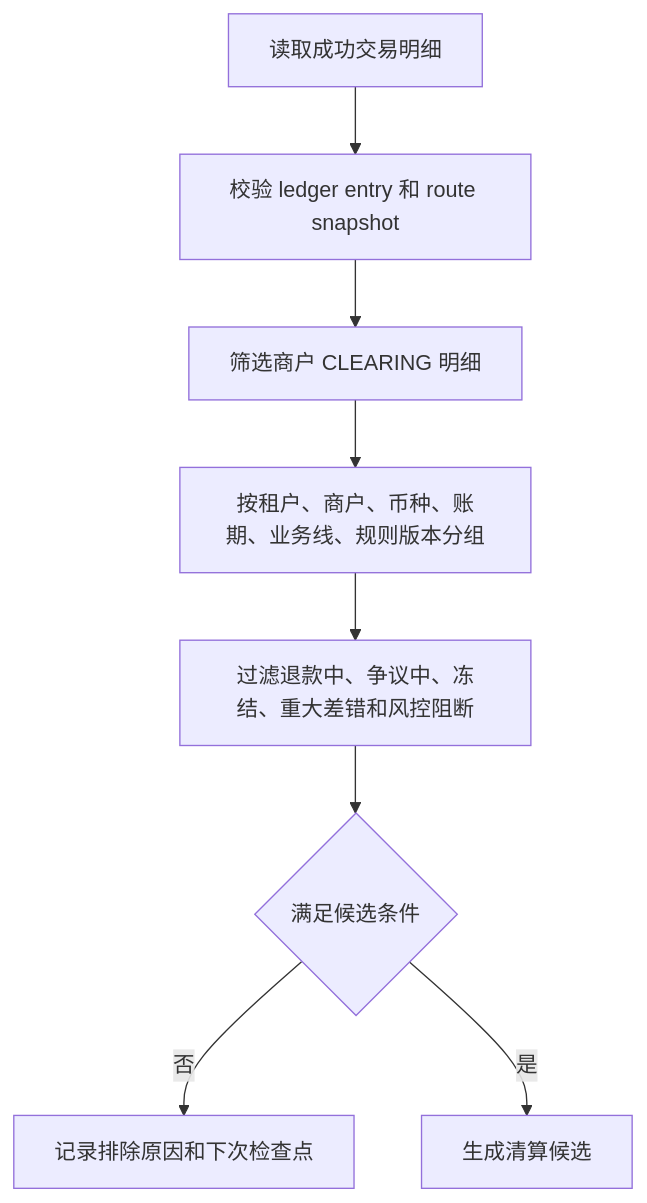
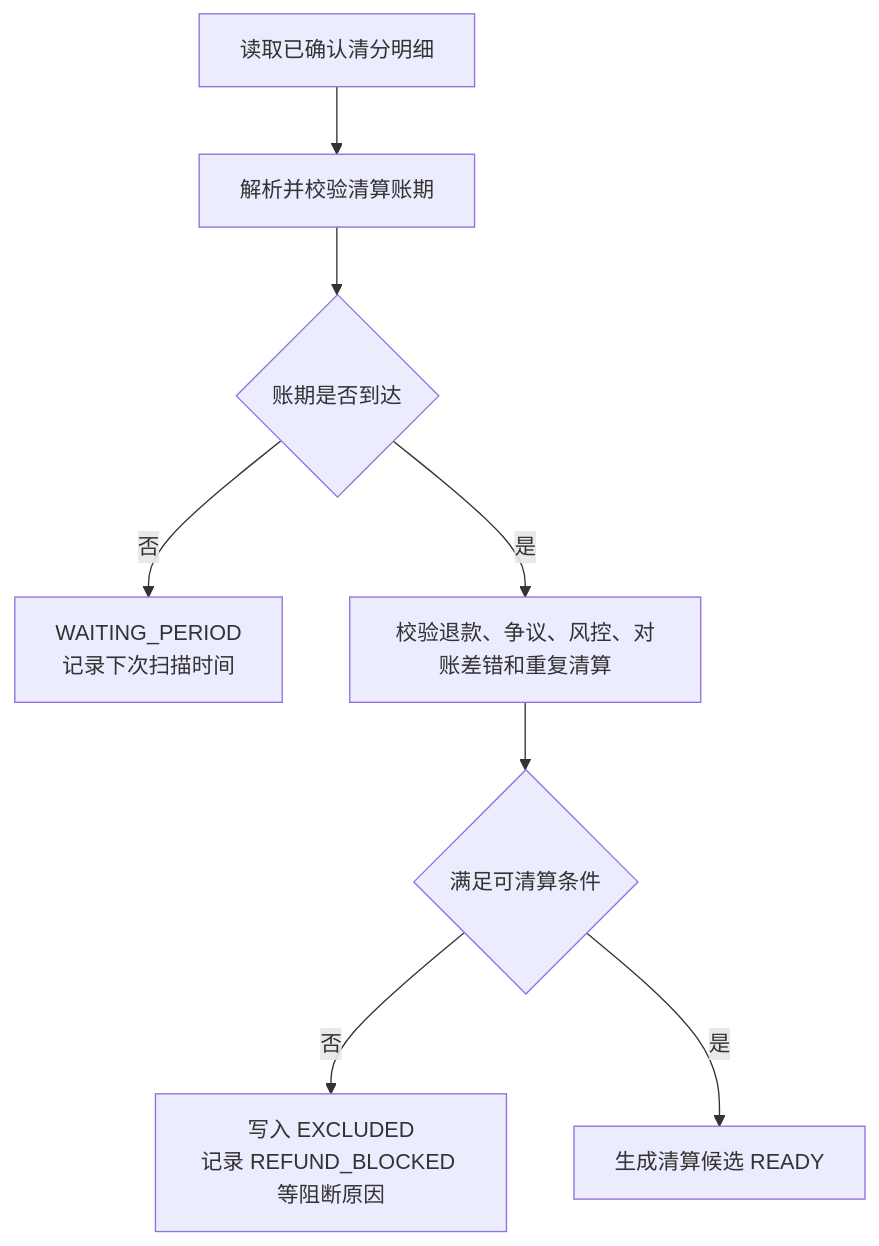
The fifth of 14 diagrams in docs/系分设计/03-清结算与对账系分设计.md (fengwuxp/wind-funds), drawn with Mermaid before and after one commit. The commit also changed other lines of this file and 16 other files, not shown here.

````diff
--- a/docs/系分设计/03-清结算与对账系分设计.md
+++ b/docs/系分设计/03-清结算与对账系分设计.md
@@ -77,10 +205,10 @@
 ```mermaid
 flowchart TD
-    A["读取成功交易明细"] --> B["校验 ledger entry 和 route snapshot"]
-    B --> C["筛选商户 CLEARING 明细"]
-    C --> D["按租户、商户、币种、账期、业务线、规则版本分组"]
-    D --> E["过滤退款中、争议中、冻结、重大差错和风控阻断"]
-    E --> F{"满足候选条件"}
-    F -- "否" --> G["记录排除原因和下次检查点"]
-    F -- "是" --> H["生成清算候选"]
+    A["读取已确认清分明细"] --> B["解析并校验清算账期"]
+    B --> C{"账期是否到达"}
+    C -- "否" --> D["WAITING_PERIOD\n记录下次扫描时间"]
+    C -- "是" --> E["校验退款、争议、风控、对账差错和重复清算"]
+    E --> F{"满足可清算条件"}
+    F -- "否" --> G["写入 EXCLUDED\n记录 REFUND_BLOCKED 等阻断原因"]
+    F -- "是" --> H["生成清算候选 READY"]
 ```
````
